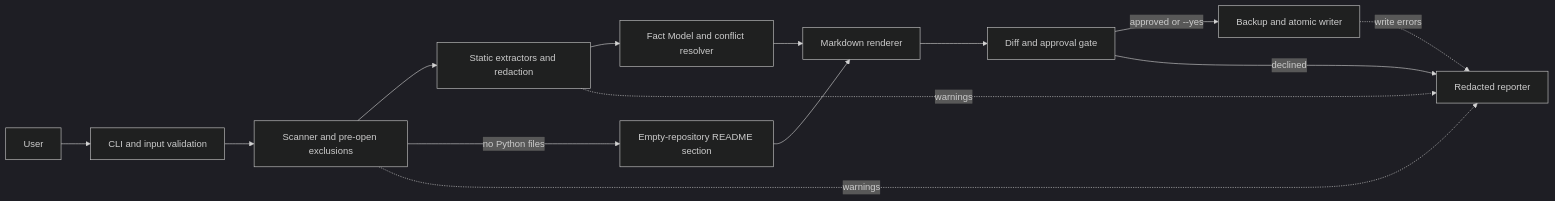
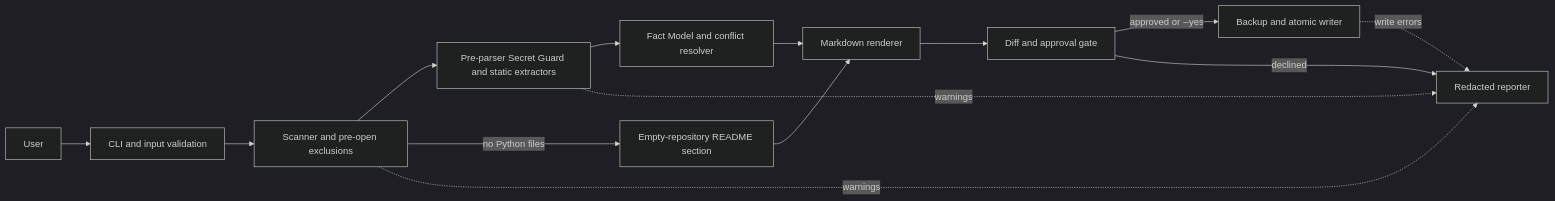
One commit to asadkhan12346/claude-capstone changed the first of 2 diagrams in docs/architecture.md. Above: the diagram before and after it, drawn with Mermaid (dark theme). The commit also changed other lines of this file and 2 other files, not shown here.

````diff
--- a/docs/architecture.md
+++ b/docs/architecture.md
@@ -17,16 +17,16 @@
 ```mermaid
 flowchart LR
     User --> CLI["CLI and input validation"]
     CLI --> Scanner["Scanner and pre-open exclusions"]
-    Scanner --> Extractors["Static extractors and redaction"]
+    Scanner --> Extractors["Pre-parser Secret Guard and static extractors"]
     Scanner -->|no Python files| Empty["Empty-repository README section"]
     Empty --> Renderer
     Extractors --> Facts["Fact Model and conflict resolver"]
     Facts --> Renderer["Markdown renderer"]
     Renderer --> Approval["Diff and approval gate"]
     Approval -->|approved or --yes| Writer["Backup and atomic writer"]
     Approval -->|declined| Reporter["Redacted reporter"]
     Scanner -. warnings .-> Reporter
     Extractors -. warnings .-> Reporter
     Writer -. write errors .-> Reporter
 ```
````
